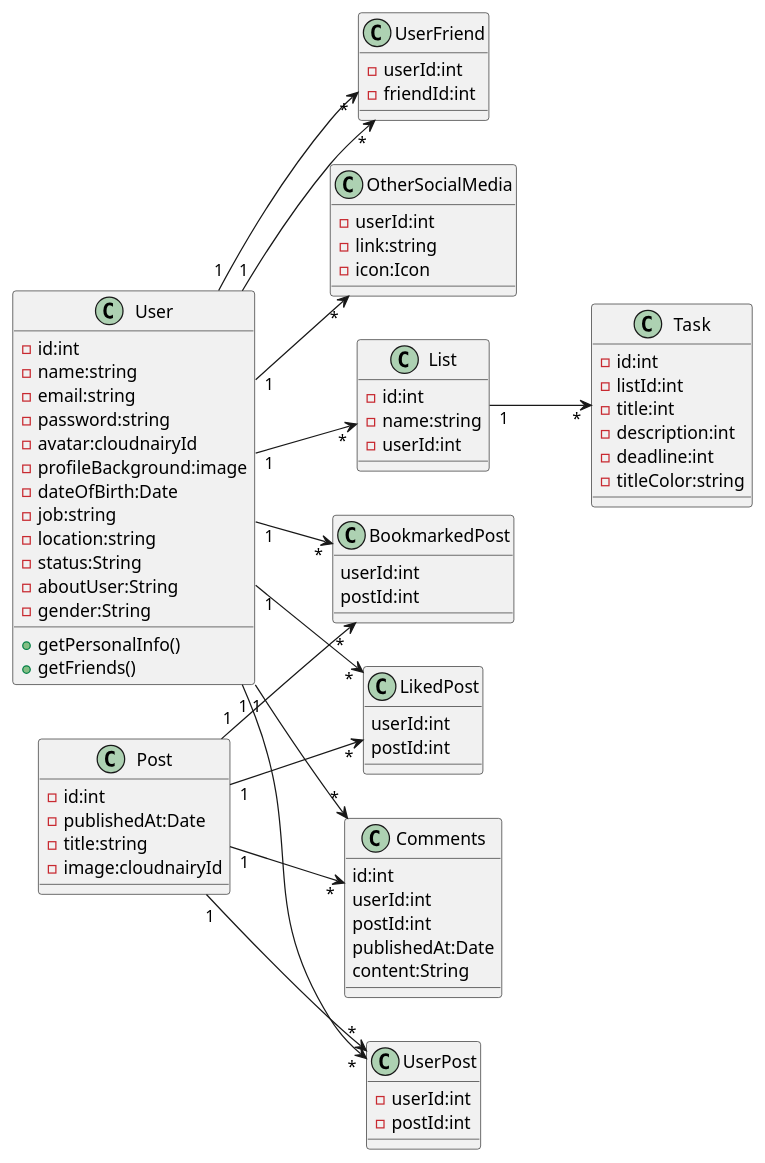
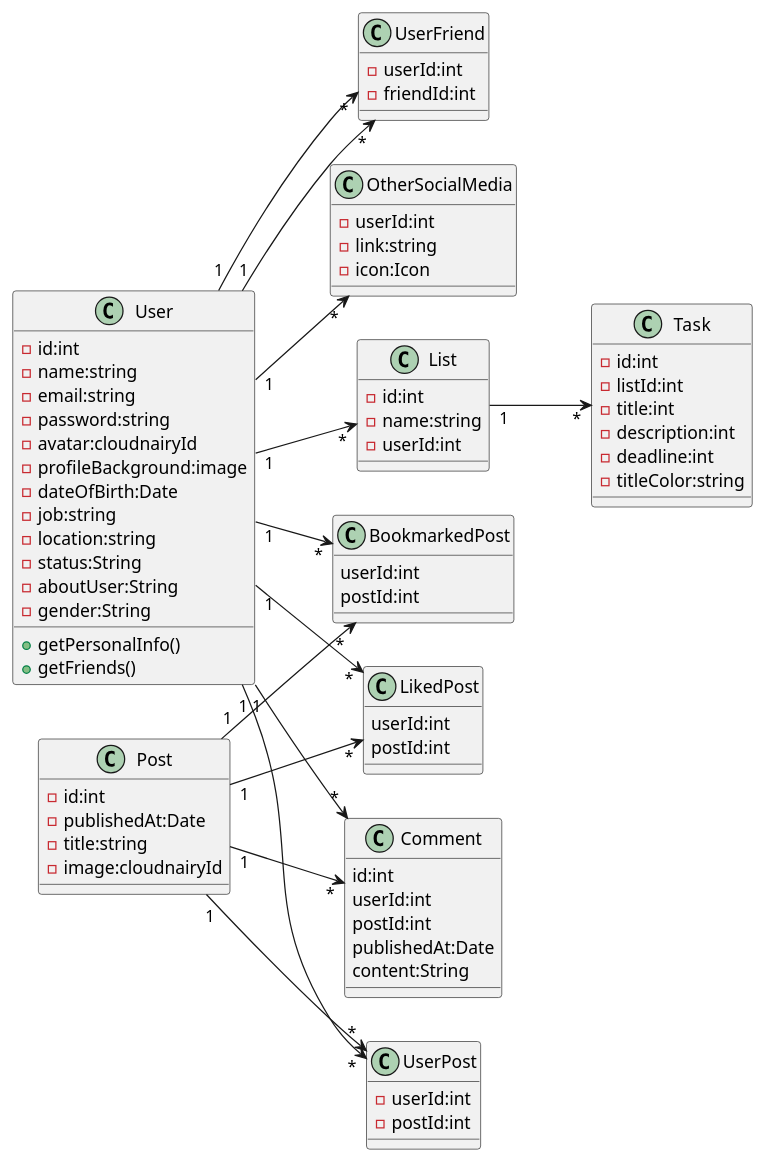
Before and after one commit to Abdulrahman-AL-Sabagh/portfolio_project: the diagram in portfolio_project/project_plan.puml, drawn with PlantUML. The commit also changed 37 other files, not shown here.

Commit message:
db schemas added + get endpoints created + post component created + nav component created + sidebar component created

```diff
--- a/portfolio_project/project_plan.puml
+++ b/portfolio_project/project_plan.puml
@@ -1,95 +1,95 @@
 @startuml
 left to right direction
 class User{
     -id:int
     -name:string
     -email:string
     -password:string
     -avatar:cloudnairyId
     -profileBackground:image
     -dateOfBirth:Date
     -job:string
     -location:string
     -status:String
     -aboutUser:String
     -gender:String
 
 
     +getPersonalInfo()
     +getFriends()
     
 }
 
 
 
 class UserFriend{
     -userId:int
     -friendId:int
 
 }
 class OtherSocialMedia {
     -userId:int
     -link:string
     -icon:Icon
 }
 class Post{
     -id:int
     -publishedAt:Date
     -title:string
     -image:cloudnairyId
 }
 class UserPost{
     -userId:int
     -postId:int
 }
 
 
 class List {
     -id:int
     -name:string
     -userId:int
 }
 class Task{
     -id:int
     -listId:int
     -title:int
     -description:int
     -deadline:int
     -titleColor:string
 }
 class BookmarkedPost{
     userId:int
     postId:int
 }
 class LikedPost{
     userId:int
     postId:int
 
 }
 
 
-class Comments {
+class Comment {
     id:int
     userId:int
     postId:int
     publishedAt:Date
     content:String 
 }
 
 User "1" --> "*" List
 User "1" --> "*" UserPost
 User "1" --> "*" BookmarkedPost
 User "1" --> "*" OtherSocialMedia
 User "1" --> "*" UserFriend
 User "1" --> "*"LikedPost
-User "1" --> "*" Comments
-Post "1" --> "*" Comments
+User "1" --> "*" Comment
+Post "1" --> "*" Comment
 UserFriend "*" <-- "1" User
 Post "1" --> "*" UserPost
 Post "1" --> "*" BookmarkedPost
 Post "1" --> "*" LikedPost
 
 List "1" --> "*" Task
 
 
 @enduml
```
